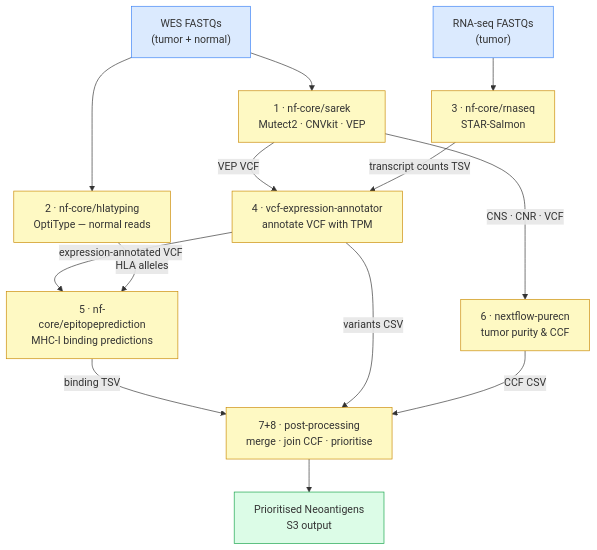
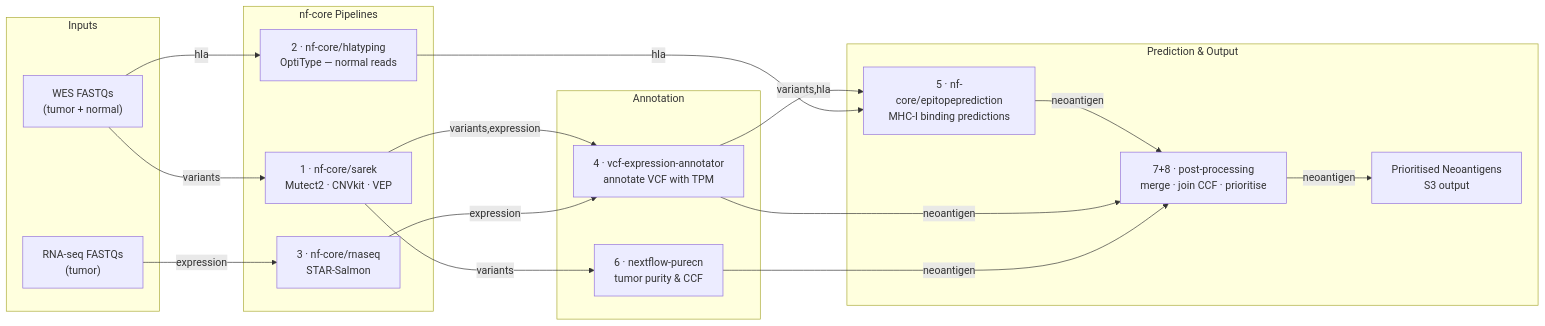
Before and after one commit to tylergross97/neoantigen-prefect: the diagram in pipeline_dag.mmd, drawn with Mermaid. The commit also changed 2 other files, not shown here.

Commit message:
Update pipeline DAG to metro-style format with subgraphs and line annotations

```diff
--- a/pipeline_dag.mmd
+++ b/pipeline_dag.mmd
@@ -1,32 +1,42 @@
-flowchart TD
-    WES["WES FASTQs\n(tumor + normal)"]
-    RNA["RNA-seq FASTQs\n(tumor)"]
+%%metro title: Neoantigen Prediction Pipeline
+%%metro style: dark
+%%metro line: variants | Variant Analysis | #F59E0B
+%%metro line: expression | Expression | #3B82F6
+%%metro line: hla | HLA Typing | #8B5CF6
+%%metro line: neoantigen | Neoantigen | #10B981
 
-    WES --> sarek["1 · nf-core/sarek\nMutect2 · CNVkit · VEP"]
-    WES --> hlatyping["2 · nf-core/hlatyping\nOptiType — normal reads"]
-    RNA --> rnaseq["3 · nf-core/rnaseq\nSTAR-Salmon"]
+graph LR
+    subgraph inputs [Inputs]
+        wes["WES FASTQs\n(tumor + normal)"]
+        rna["RNA-seq FASTQs\n(tumor)"]
+    end
 
-    sarek -->|"VEP VCF"| vcfannot["4 · vcf-expression-annotator\nannotate VCF with TPM"]
-    rnaseq -->|"transcript counts TSV"| vcfannot
+    subgraph nfcore [nf-core Pipelines]
+        sarek["1 · nf-core/sarek\nMutect2 · CNVkit · VEP"]
+        hlatyping["2 · nf-core/hlatyping\nOptiType — normal reads"]
+        rnaseq["3 · nf-core/rnaseq\nSTAR-Salmon"]
+    end
 
-    sarek -->|"CNS · CNR · VCF"| purecn["6 · nextflow-purecn\ntumor purity & CCF"]
+    subgraph annotation [Annotation]
+        vcfannot["4 · vcf-expression-annotator\nannotate VCF with TPM"]
+        purecn["6 · nextflow-purecn\ntumor purity & CCF"]
+    end
 
-    vcfannot -->|"expression-annotated VCF"| epipred["5 · nf-core/epitopeprediction\nMHC-I binding predictions"]
-    hlatyping -->|"HLA alleles"| epipred
+    subgraph prediction [Prediction & Output]
+        epipred["5 · nf-core/epitopeprediction\nMHC-I binding predictions"]
+        postproc["7+8 · post-processing\nmerge · join CCF · prioritise"]
+        out["Prioritised Neoantigens\nS3 output"]
+    end
 
-    epipred -->|"binding TSV"| postproc["7+8 · post-processing\nmerge · join CCF · prioritise"]
-    vcfannot -->|"variants CSV"| postproc
-    purecn -->|"CCF CSV"| postproc
-
-    postproc --> out["Prioritised Neoantigens\nS3 output"]
-
-    style WES fill:#dbeafe,stroke:#3b82f6
-    style RNA fill:#dbeafe,stroke:#3b82f6
-    style out fill:#dcfce7,stroke:#16a34a
-    style sarek fill:#fef9c3,stroke:#ca8a04
-    style hlatyping fill:#fef9c3,stroke:#ca8a04
-    style rnaseq fill:#fef9c3,stroke:#ca8a04
-    style vcfannot fill:#fef9c3,stroke:#ca8a04
-    style purecn fill:#fef9c3,stroke:#ca8a04
-    style epipred fill:#fef9c3,stroke:#ca8a04
-    style postproc fill:#fef9c3,stroke:#ca8a04
+    wes -->|variants| sarek
+    wes -->|hla| hlatyping
+    rna -->|expression| rnaseq
+    sarek -->|"variants,expression"| vcfannot
+    sarek -->|variants| purecn
+    rnaseq -->|expression| vcfannot
+    vcfannot -->|"variants,hla"| epipred
+    hlatyping -->|hla| epipred
+    epipred -->|neoantigen| postproc
+    vcfannot -->|neoantigen| postproc
+    purecn -->|neoantigen| postproc
+    postproc -->|neoantigen| out
```
